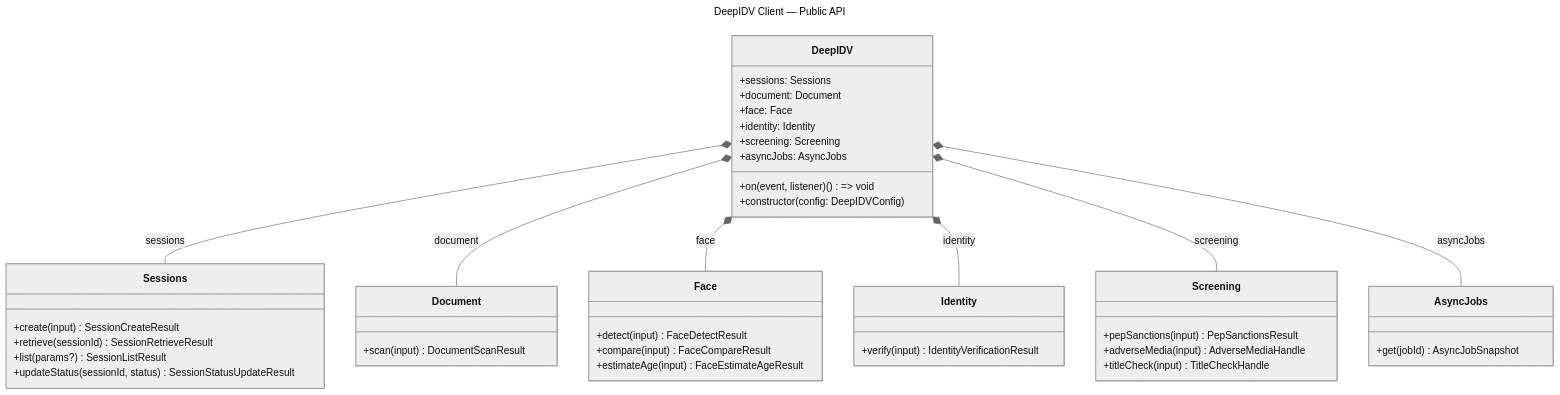
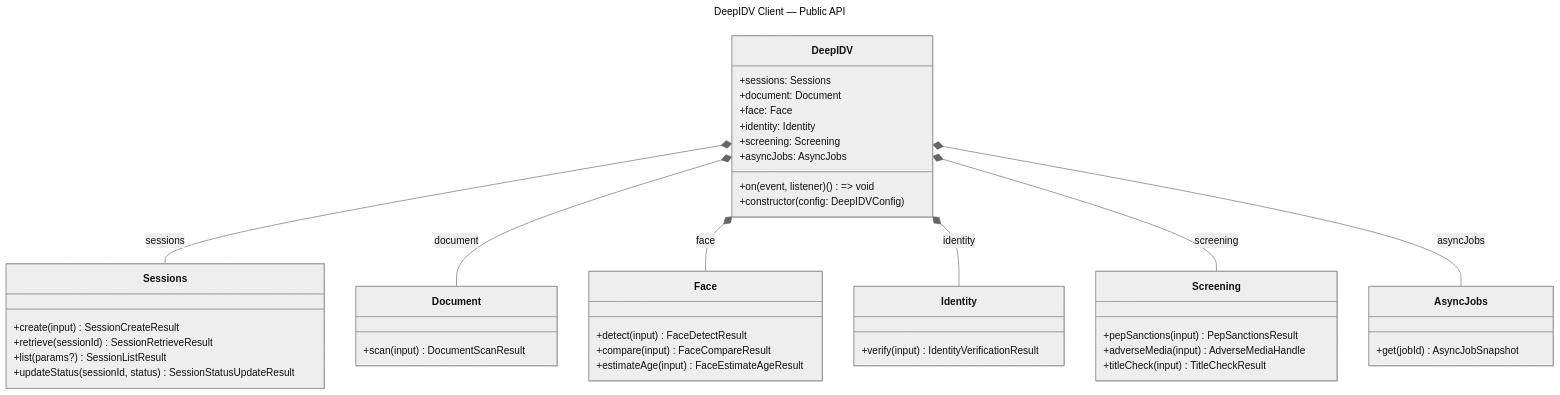
One commit to Deep-Identity-Inc/deepidv-sdk-ts changed the diagram in docs/diagrams/public-api.mmd. Above: the diagram before and after it, drawn with Mermaid (neutral theme). The commit also changed 15 other files, not shown here.

```diff
--- a/docs/diagrams/public-api.mmd
+++ b/docs/diagrams/public-api.mmd
@@ -1,52 +1,52 @@
 ---
 title: DeepIDV Client — Public API
 ---
 classDiagram
     class DeepIDV {
         +sessions: Sessions
         +document: Document
         +face: Face
         +identity: Identity
         +screening: Screening
         +asyncJobs: AsyncJobs
         +on(event, listener) () => void
         +constructor(config: DeepIDVConfig)
     }
 
     class Sessions {
         +create(input) SessionCreateResult
         +retrieve(sessionId) SessionRetrieveResult
         +list(params?) SessionListResult
         +updateStatus(sessionId, status) SessionStatusUpdateResult
     }
 
     class Document {
         +scan(input) DocumentScanResult
     }
 
     class Face {
         +detect(input) FaceDetectResult
         +compare(input) FaceCompareResult
         +estimateAge(input) FaceEstimateAgeResult
     }
 
     class Identity {
         +verify(input) IdentityVerificationResult
     }
 
     class Screening {
         +pepSanctions(input) PepSanctionsResult
         +adverseMedia(input) AdverseMediaHandle
-        +titleCheck(input) TitleCheckHandle
+        +titleCheck(input) TitleCheckResult
     }
 
     class AsyncJobs {
         +get(jobId) AsyncJobSnapshot
     }
 
     DeepIDV *-- Sessions : sessions
     DeepIDV *-- Document : document
     DeepIDV *-- Face : face
     DeepIDV *-- Identity : identity
     DeepIDV *-- Screening : screening
     DeepIDV *-- AsyncJobs : asyncJobs
```
